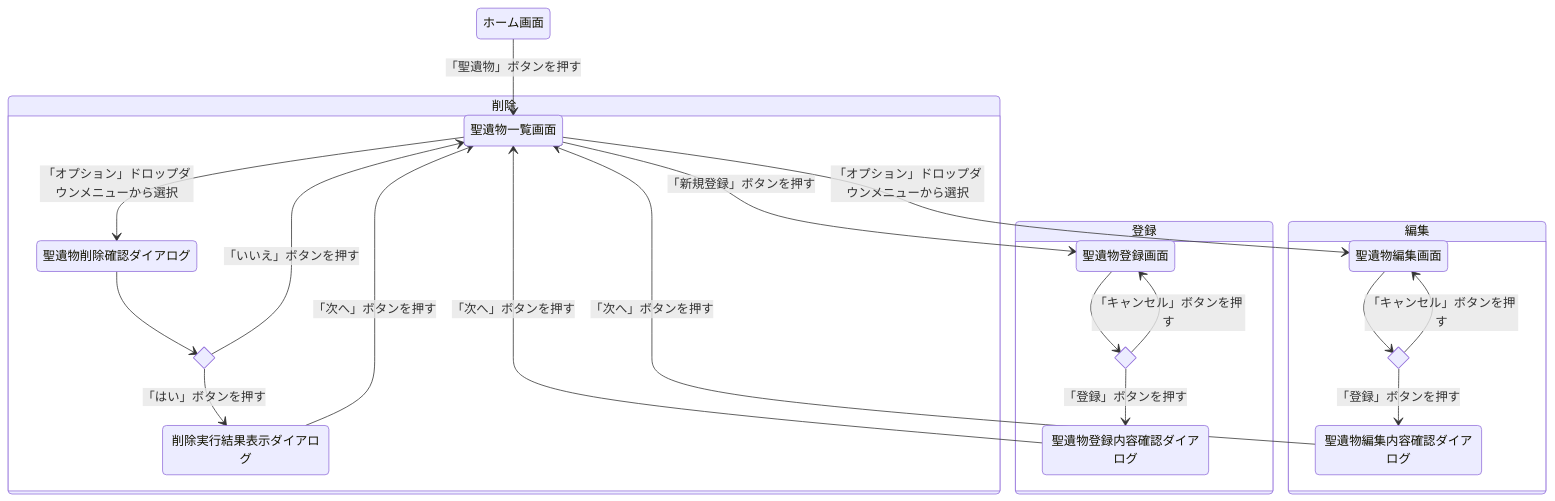
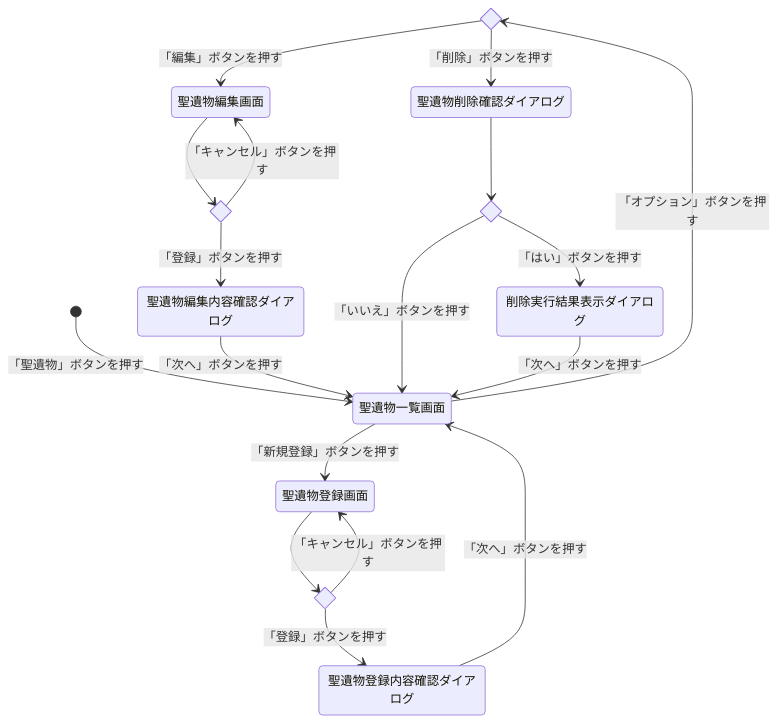
Before and after one commit to Ryosuke-Yamasaki/Genshin-Desktop-App: the first of 6 diagrams in README.md, drawn with Mermaid. The commit also changed other lines of this file, not shown here.

````diff
--- a/README.md
+++ b/README.md
@@ -178,28 +178,25 @@
 ```mermaid
 stateDiagram-v2
-  ホーム画面 --> 聖遺物一覧画面 : 「聖遺物」ボタンを押す
+  state if_オプション <<choice>>
+  state if_登録 <<choice>>
+  state if_編集 <<choice>>
+  state if_削除 <<choice>>
+
+  [*] --> 聖遺物一覧画面 : 「聖遺物」ボタンを押す
   聖遺物一覧画面 --> 聖遺物登録画面 : 「新規登録」ボタンを押す
-  聖遺物一覧画面 --> 聖遺物編集画面 : 「オプション」ドロップダウンメニューから選択
-  聖遺物一覧画面 --> 聖遺物削除確認ダイアログ : 「オプション」ドロップダウンメニューから選択
-  state 登録 {
-    state if_登録 <<choice>>
-    聖遺物登録画面 --> if_登録
-    if_登録 --> 聖遺物登録内容確認ダイアログ : 「登録」ボタンを押す
-    if_登録 --> 聖遺物登録画面 : 「キャンセル」ボタンを押す
-    聖遺物登録内容確認ダイアログ --> 聖遺物一覧画面 : 「次へ」ボタンを押す
-  }
-  state 編集 {
-    state if_編集 <<choice>>
-    聖遺物編集画面 --> if_編集
-    if_編集 --> 聖遺物編集内容確認ダイアログ : 「登録」ボタンを押す
-    if_編集 --> 聖遺物編集画面 : 「キャンセル」ボタンを押す
-    聖遺物編集内容確認ダイアログ --> 聖遺物一覧画面 : 「次へ」ボタンを押す
-  }
-  state 削除 {
-    state if_削除 <<choice>>
-    聖遺物削除確認ダイアログ --> if_削除
-    if_削除 --> 削除実行結果表示ダイアログ : 「はい」ボタンを押す
-    if_削除 --> 聖遺物一覧画面 : 「いいえ」ボタンを押す
-    削除実行結果表示ダイアログ --> 聖遺物一覧画面 : 「次へ」ボタンを押す
-  }
+  聖遺物一覧画面 --> if_オプション : 「オプション」ボタンを押す
+  if_オプション --> 聖遺物編集画面 : 「編集」ボタンを押す
+  if_オプション --> 聖遺物削除確認ダイアログ : 「削除」ボタンを押す
+  聖遺物登録画面 --> if_登録
+  if_登録 --> 聖遺物登録内容確認ダイアログ : 「登録」ボタンを押す
+  if_登録 --> 聖遺物登録画面 : 「キャンセル」ボタンを押す
+  聖遺物登録内容確認ダイアログ --> 聖遺物一覧画面 : 「次へ」ボタンを押す
+  聖遺物編集画面 --> if_編集
+  if_編集 --> 聖遺物編集内容確認ダイアログ : 「登録」ボタンを押す
+  if_編集 --> 聖遺物編集画面 : 「キャンセル」ボタンを押す
+  聖遺物編集内容確認ダイアログ --> 聖遺物一覧画面 : 「次へ」ボタンを押す
+  聖遺物削除確認ダイアログ --> if_削除
+  if_削除 --> 削除実行結果表示ダイアログ : 「はい」ボタンを押す
+  if_削除 --> 聖遺物一覧画面 : 「いいえ」ボタンを押す
+  削除実行結果表示ダイアログ --> 聖遺物一覧画面 : 「次へ」ボタンを押す
 ```
````
